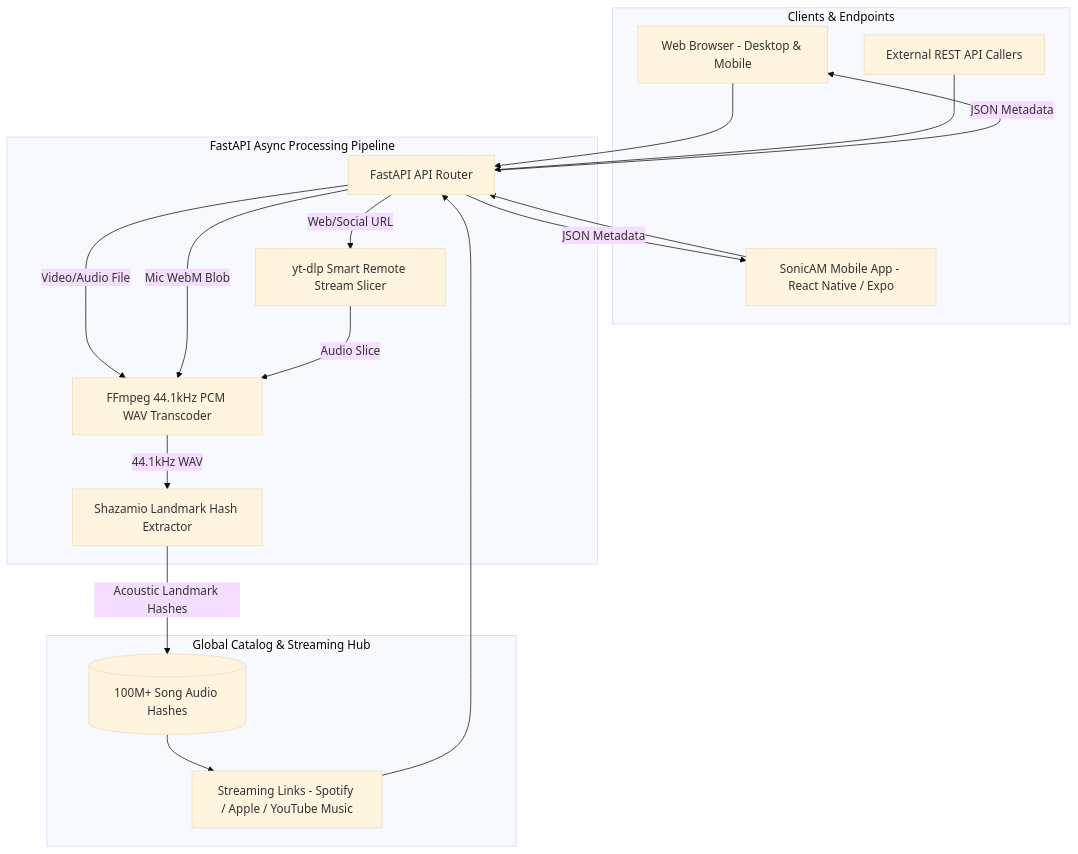
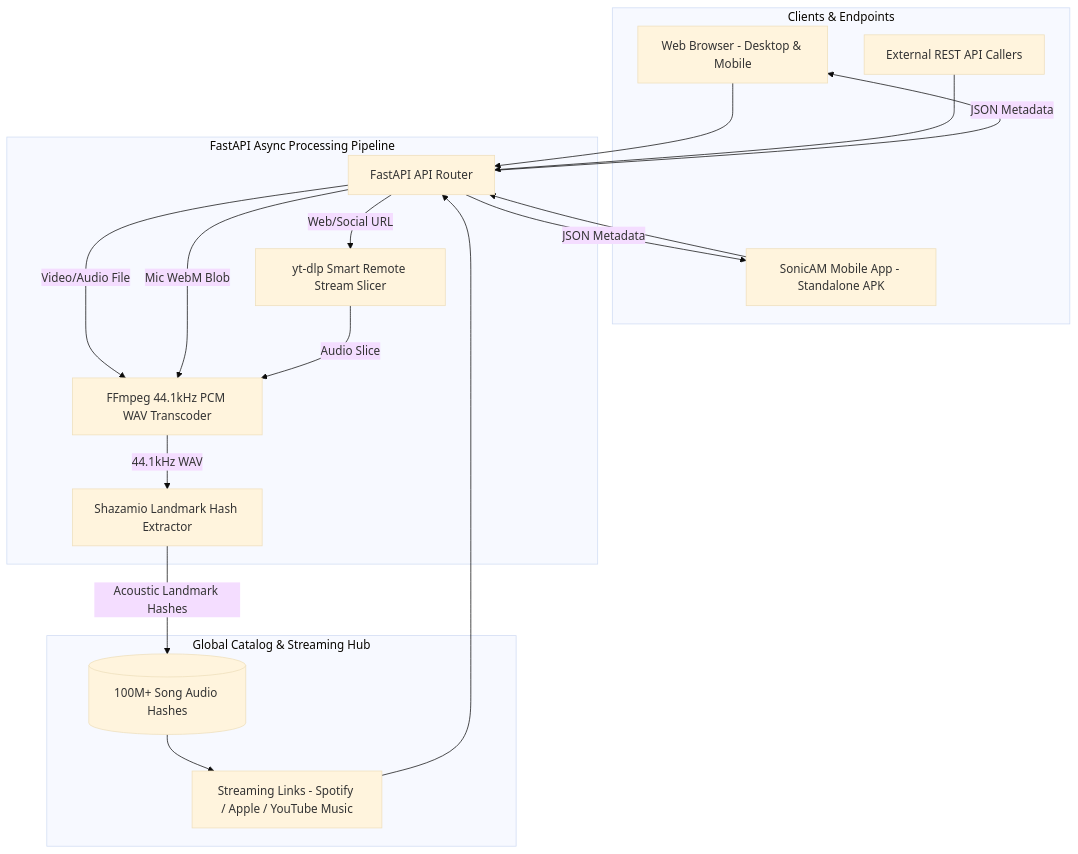
One commit to Mohammed-Ashraf-Shaik/anything-to-audio changed the diagram in README.md. Above: the diagram before and after it, drawn with Mermaid (base theme). The commit also changed other lines of this file and 7 other files, not shown here.

Commit message:
fix(apk,readme): ensure standalone bundle embedding, disable Metro lookup, update README and sync v1.2.5 links

````diff
--- a/README.md
+++ b/README.md
@@ -91,36 +97,36 @@
 ```mermaid
 graph TD
     subgraph Clients [Clients & Endpoints]
         Web[Web Browser - Desktop & Mobile]
-        App[SonicAM Mobile App - React Native / Expo]
+        App[SonicAM Mobile App - Standalone APK]
         API_Callers[External REST API Callers]
     end
 
     subgraph Server [FastAPI Async Processing Pipeline]
         Router[FastAPI API Router]
         StreamDemux[yt-dlp Smart Remote Stream Slicer]
         Normalizer[FFmpeg 44.1kHz PCM WAV Transcoder]
         Fingerprint[Shazamio Landmark Hash Extractor]
     end
 
     subgraph KnowledgeBase [Global Catalog & Streaming Hub]
         ShazamCatalog[(100M+ Song Audio Hashes)]
         MusicHub[Streaming Links - Spotify / Apple / YouTube Music]
     end
 
     Web --> Router
     App --> Router
     API_Callers --> Router
 
     Router -->|Web/Social URL| StreamDemux
     Router -->|Video/Audio File| Normalizer
     Router -->|Mic WebM Blob| Normalizer
 
     StreamDemux -->|Audio Slice| Normalizer
     Normalizer -->|44.1kHz WAV| Fingerprint
     Fingerprint -->|Acoustic Landmark Hashes| ShazamCatalog
     ShazamCatalog --> MusicHub
     MusicHub --> Router
     Router -->|JSON Metadata| Web
     Router -->|JSON Metadata| App
 ```
````
